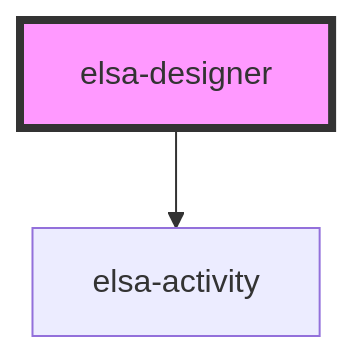
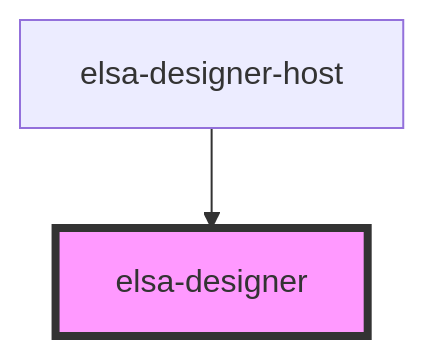
The diagram in elsa-workflows/src/components/designer/readme.md (elsa-workflows/elsa-designer), drawn with Mermaid before and after one commit. The commit also changed other lines of this file and 10 other files, not shown here.

Commit message:
Add designer host

````diff
--- a/elsa-workflows/src/components/designer/readme.md
+++ b/elsa-workflows/src/components/designer/readme.md
@@ -15,5 +22,5 @@
 ```mermaid
 graph TD;
-  elsa-designer --> elsa-activity
+  elsa-designer-host --> elsa-designer
   style elsa-designer fill:#f9f,stroke:#333,stroke-width:4px
 ```
````
